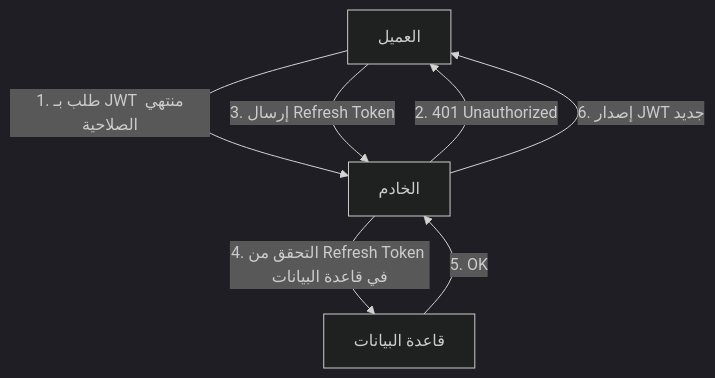
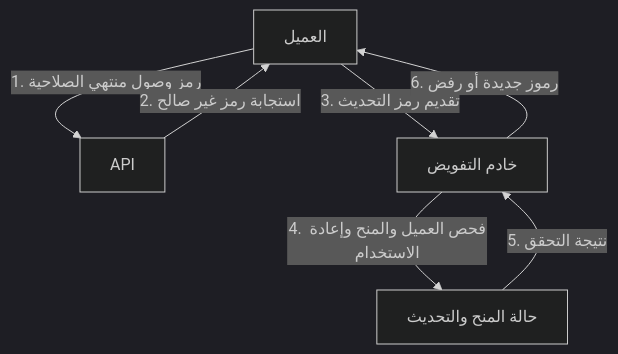
Before and after one commit to kenjinote/blog: the third of 3 diagrams in content/post/jwt-json-web-token-security-risks/index.ar.md, drawn with Mermaid (dark theme). The commit also changed other lines of this file and 7 other files, not shown here.

````diff
--- a/content/post/jwt-json-web-token-security-risks/index.ar.md
+++ b/content/post/jwt-json-web-token-security-risks/index.ar.md
@@ -103,9 +84,9 @@
 ```mermaid
 graph TD
-    A["العميل"] -- "1. طلب بـ JWT منتهي الصلاحية" --> B["الخادم"]
-    B -- "2. 401 Unauthorized" --> A
-    A -- "3. إرسال Refresh Token" --> B
-    B -- "4. التحقق من Refresh Token في قاعدة البيانات" --> C["قاعدة البيانات"]
-    C -- "5. OK" --> B
-    B -- "6. إصدار JWT جديد" --> A
+    A["العميل"] -- "1. رمز وصول منتهي الصلاحية" --> B["API"]
+    B -- "2. استجابة رمز غير صالح" --> A
+    A -- "3. تقديم رمز التحديث" --> C["خادم التفويض"]
+    C -- "4. فحص العميل والمنح وإعادة الاستخدام" --> D["حالة المنح والتحديث"]
+    D -- "5. نتيجة التحقق" --> C
+    C -- "6. رموز جديدة أو رفض" --> A
 ```
````
